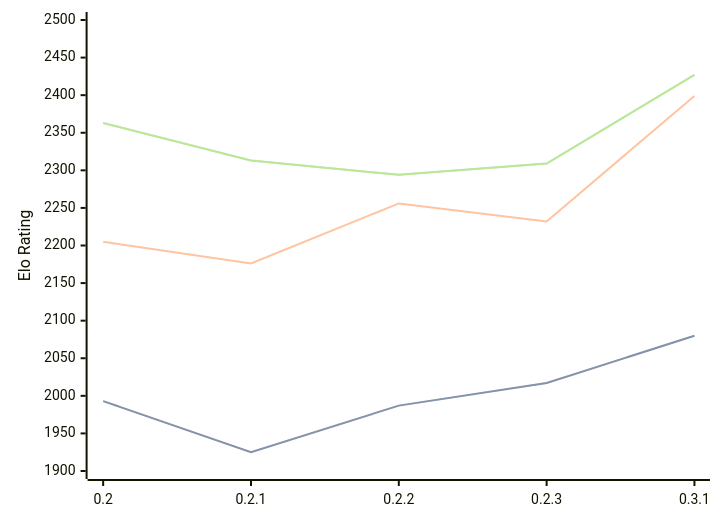
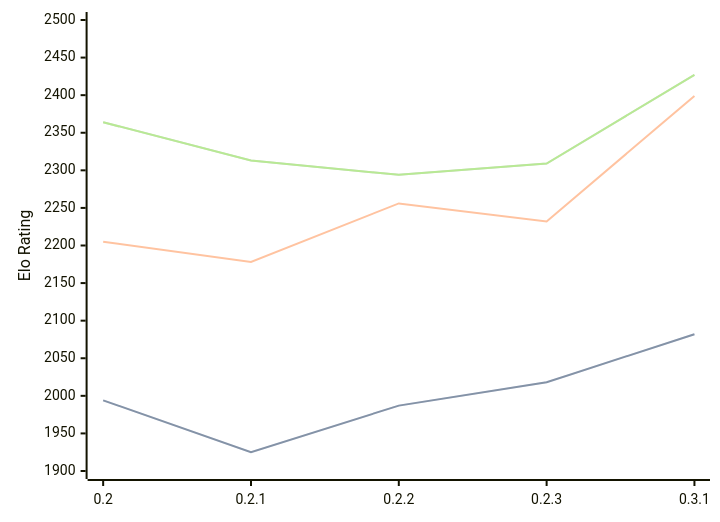
Before and after one commit to computer-chess-index/cci: the diagram in engines/Lolbot.md, drawn with Mermaid. The commit also changed other lines of this file, not shown here.

Commit message:
Update CCI Ratings (ELO VLTC) - 2026-08-20

````diff
--- a/engines/Lolbot.md
+++ b/engines/Lolbot.md
@@ -35,11 +35,11 @@
 ```mermaid
 %%{init: {"theme":"base","themeVariables":{"seriesColors:['#a3a3a3','#222221','#faa371']}}}%%
 xychart-beta
   x-axis ["0.2", "0.2.1", "0.2.2", "0.2.3", "0.3.1"]
   y-axis "Elo Rating" 1900 --> 2500
-  line "STC (8.0+0.08s)" [1993, 1925, 1987, 2017, 2080]
-  line "STC (8.0+0.08s)" [1993, 1925, 1987, 2017, 2080]
-  line "LTC (60.0+0.60s)" [2205, 2176, 2256, 2232, 2399]
-  line "VLTC (2m24s+1.12s)" [2363, 2313, 2294, 2309, 2427]
-  line "VLTC (2m24s+1.12s)" [2363, 2313, 2294, 2309, 2427]
+  line "STC (8.0+0.08s)" [1994, 1925, 1987, 2018, 2082]
+  line "STC (8.0+0.08s)" [1994, 1925, 1987, 2018, 2082]
+  line "LTC (60.0+0.60s)" [2205, 2178, 2256, 2232, 2399]
+  line "VLTC (2m24s+1.12s)" [2364, 2313, 2294, 2309, 2427]
+  line "VLTC (2m24s+1.12s)" [2364, 2313, 2294, 2309, 2427]
 ```
````
